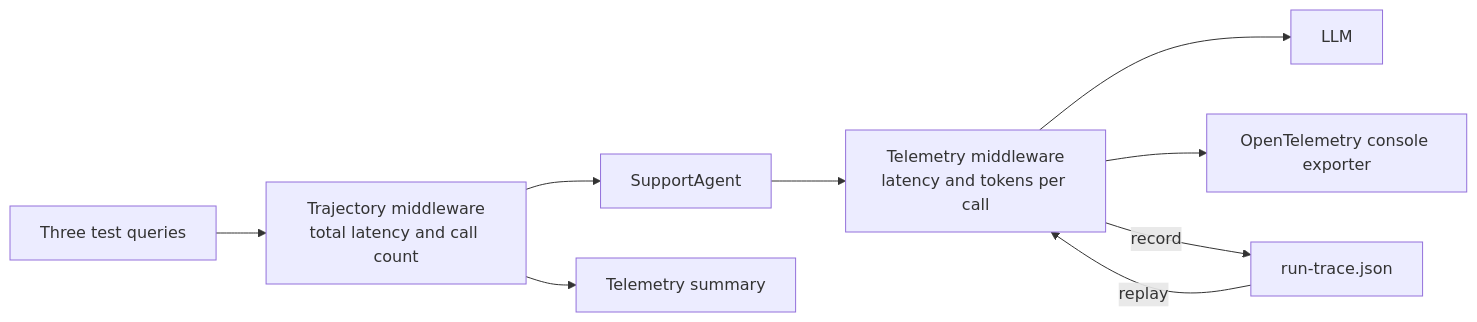
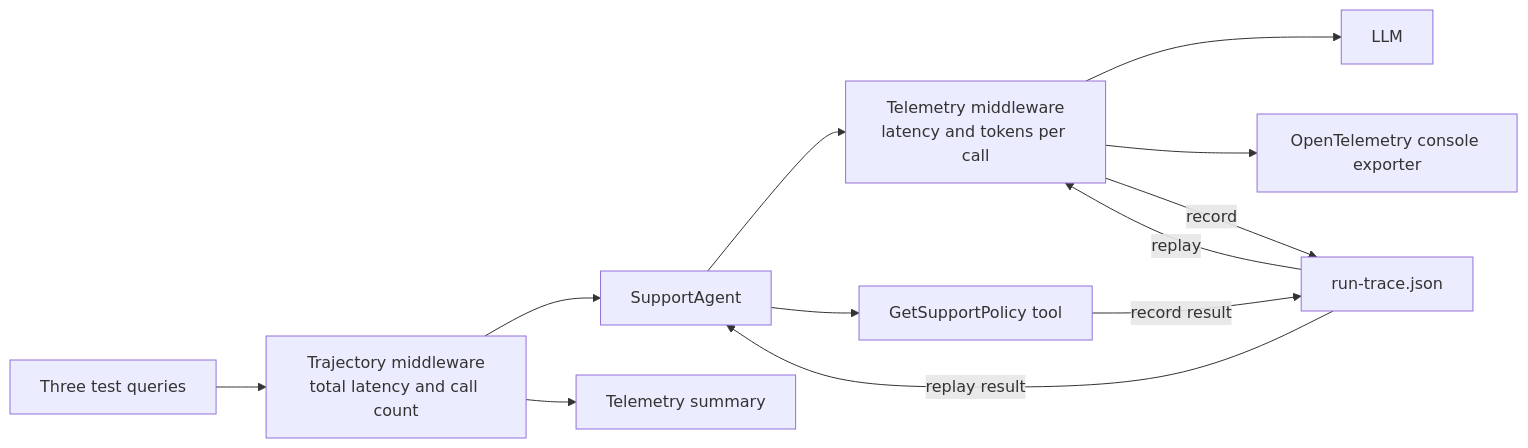
One commit to arst/agentic-patterns changed the diagram in PatternExplorer/patterns/EvaluationAndMonitoring.md. Above: the diagram before and after it, drawn with Mermaid. The commit also changed other lines of this file and 8 other files, not shown here.

Commit message:
Add tool replay and skill lifecycle

````diff
--- a/PatternExplorer/patterns/EvaluationAndMonitoring.md
+++ b/PatternExplorer/patterns/EvaluationAndMonitoring.md
@@ -42,11 +42,14 @@
 ```mermaid
 flowchart LR
     Q[Three test queries] --> T[Trajectory middleware<br/>total latency and call count]
     T --> A[SupportAgent]
     A --> C[Telemetry middleware<br/>latency and tokens per call]
     C --> L[LLM]
     C --> O[OpenTelemetry console exporter]
     T --> S[Telemetry summary]
     C -->|record| F[run-trace.json]
     F -->|replay| C
+    A --> X[GetSupportPolicy tool]
+    X -->|record result| F
+    F -->|replay result| A
 ```
````
